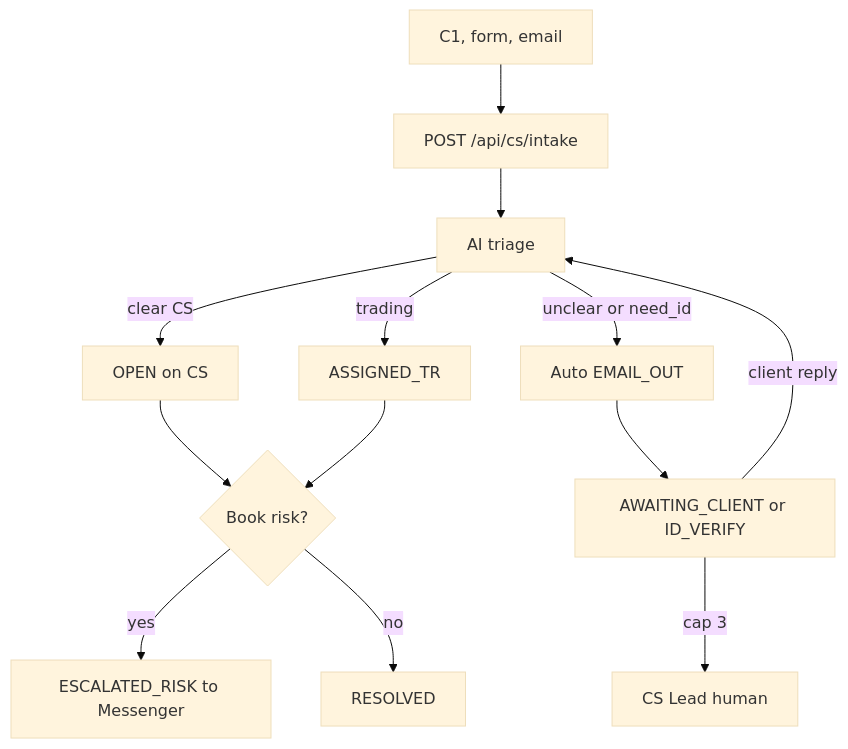
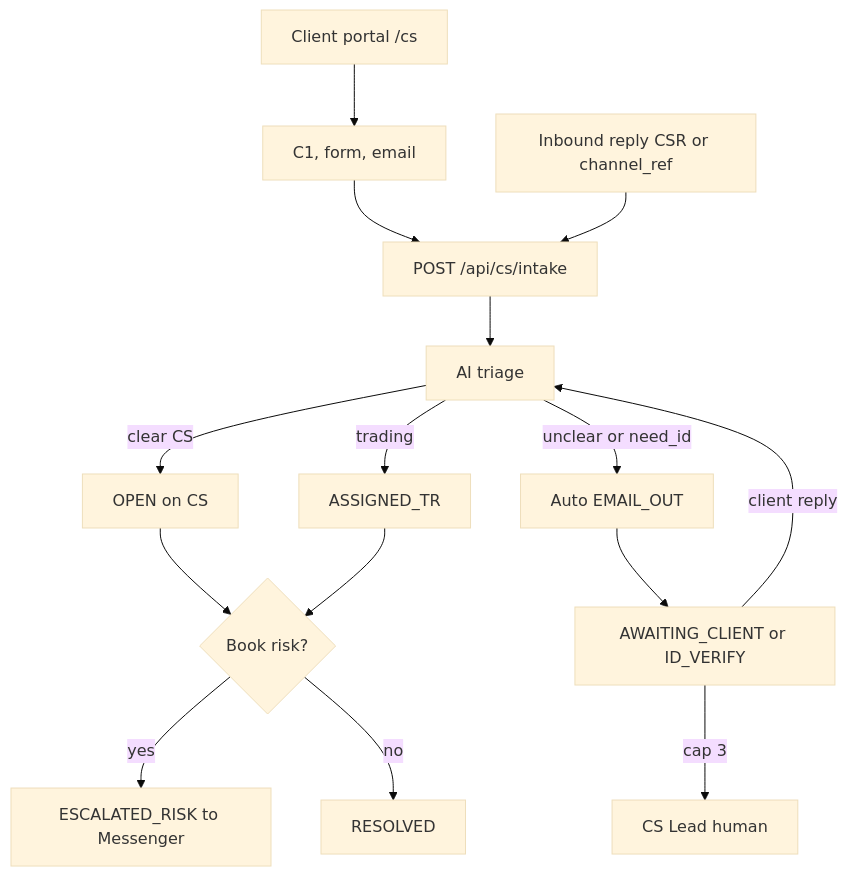
One commit to hxyan2020/PRD changed the seventh of 7 diagrams in platform/docs/TSD.md. Above: the diagram before and after it, drawn with Mermaid (base theme). The commit also changed other lines of this file and 34 other files, not shown here.

First line of the commit message:
Connect C1, form and mailbox to CS intake with inbound reply matching.

````diff
--- a/platform/docs/TSD.md
+++ b/platform/docs/TSD.md
@@ -738,15 +742,17 @@
 ```mermaid
 graph TD
   In[C1, form, email] --> API[POST /api/cs/intake]
+  Portal[Client portal /cs] --> In
+  Reply[Inbound reply CSR or channel_ref] --> API
   API --> Triage[AI triage]
   Triage -->|clear CS| Open[OPEN on CS]
   Triage -->|trading| TR[ASSIGNED_TR]
   Triage -->|unclear or need_id| Mail[Auto EMAIL_OUT]
   Mail --> Wait[AWAITING_CLIENT or ID_VERIFY]
   Wait -->|client reply| Triage
   Wait -->|cap 3| Lead[CS Lead human]
   Open --> Risk{Book risk?}
   TR --> Risk
   Risk -->|yes| Esc[ESCALATED_RISK to Messenger]
   Risk -->|no| Done[RESOLVED]
 ```
````
